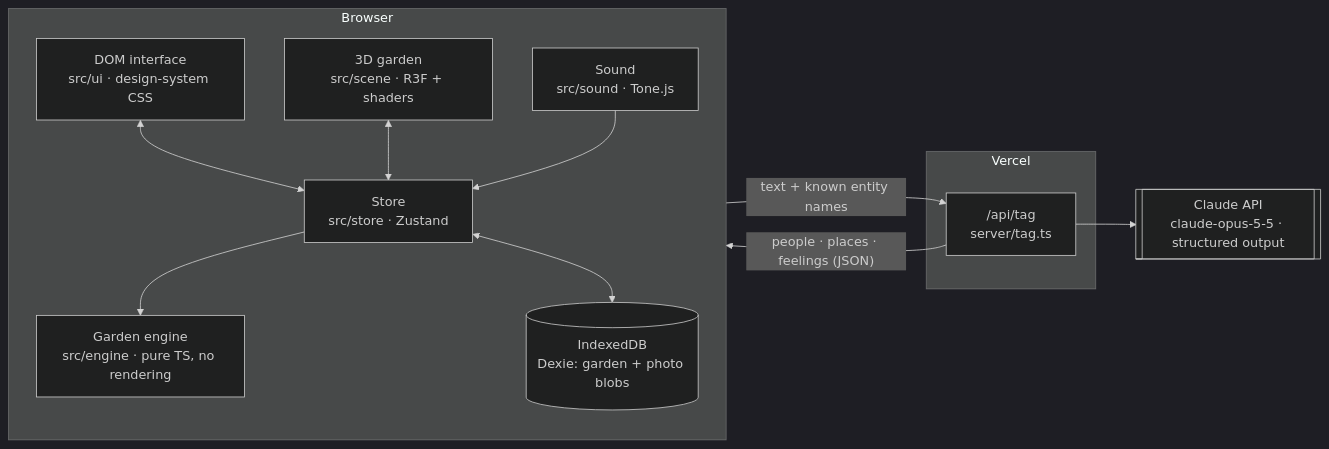
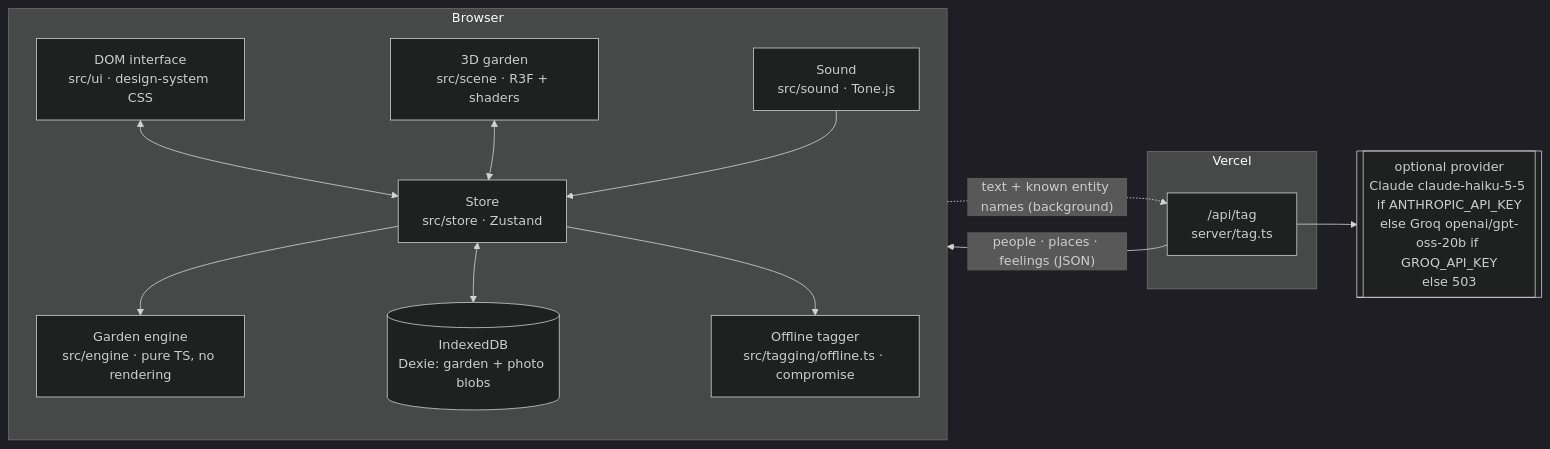
One commit to InfectedDuck/Lethe changed the first of 9 diagrams in docs/architecture.md. Above: the diagram before and after it, drawn with Mermaid (dark theme). The commit also changed other lines of this file and 3 other files, not shown here.

````diff
--- a/docs/architecture.md
+++ b/docs/architecture.md
@@ -7,24 +7,26 @@
 ```mermaid
 flowchart LR
   subgraph Browser
     direction TB
     UI["DOM interface<br/>src/ui · design-system CSS"]
+    Offline["Offline tagger<br/>src/tagging/offline.ts · compromise"]
     Scene["3D garden<br/>src/scene · R3F + shaders"]
     Sound["Sound<br/>src/sound · Tone.js"]
     Store["Store<br/>src/store · Zustand"]
     Engine["Garden engine<br/>src/engine · pure TS, no rendering"]
     DB[("IndexedDB<br/>Dexie: garden + photo blobs")]
     UI <--> Store
     Scene <--> Store
     Sound --> Store
     Store --> Engine
     Store <--> DB
+    Store --> Offline
   end
   subgraph Vercel
     Fn["/api/tag<br/>server/tag.ts"]
   end
-  Claude[["Claude API<br/>claude-opus-5-5 · structured output"]]
-  Store -- "text + known entity names" --> Fn
-  Fn --> Claude
+  Provider[["optional provider<br/>Claude claude-haiku-5-5 if ANTHROPIC_API_KEY<br/>else Groq openai/gpt-oss-20b if GROQ_API_KEY<br/>else 503"]]
+  Store -. "text + known entity names (background)" .-> Fn
+  Fn --> Provider
   Fn -- "people · places · feelings (JSON)" --> Store
 ```
````
